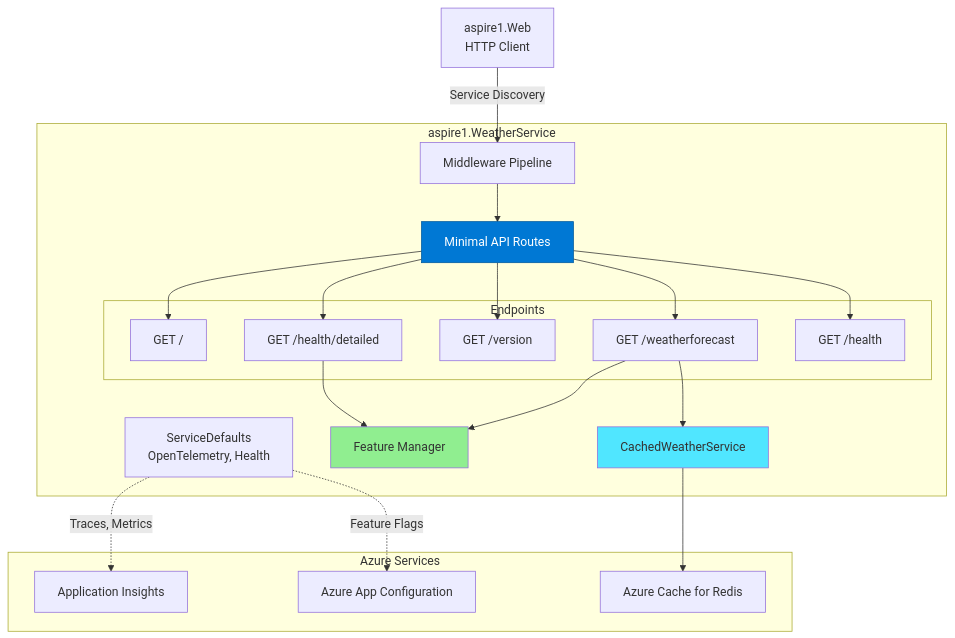
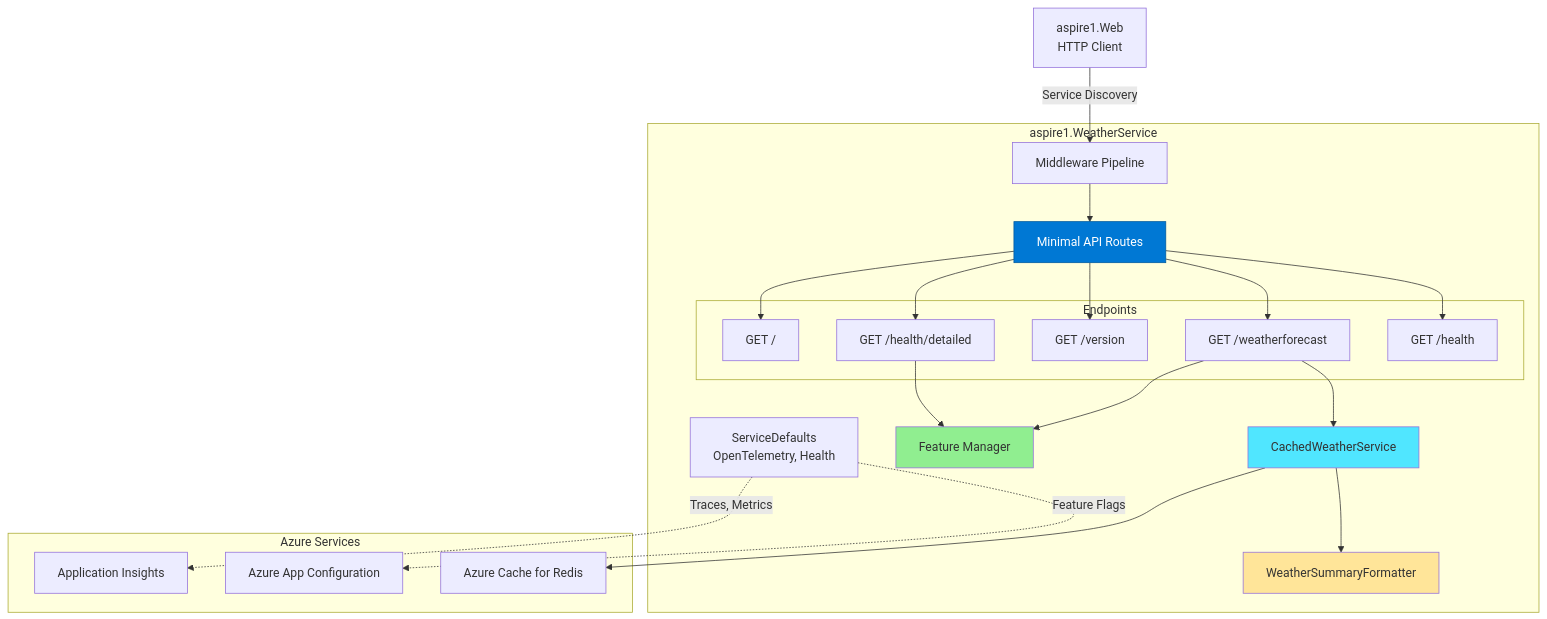
The first of 4 diagrams in aspire1.WeatherService/ARCHITECTURE.md (MSBart2/aspire1), drawn with Mermaid before and after one commit. The commit also changed other lines of this file, not shown here.

Commit message:
docs(WeatherService): document WeatherSummaryFormatter -- because random labels on a 30°C day were a personal attack

````diff
--- a/aspire1.WeatherService/ARCHITECTURE.md
+++ b/aspire1.WeatherService/ARCHITECTURE.md
@@ -21,46 +21,49 @@
 ```mermaid
 graph TB
     Client[aspire1.Web<br/>HTTP Client]
 
     subgraph "aspire1.WeatherService"
         Middleware[Middleware Pipeline]
         Routes[Minimal API Routes]
         CachedService[CachedWeatherService]
+        Formatter[WeatherSummaryFormatter]
         FeatureFlags[Feature Manager]
         ServiceDefaults[ServiceDefaults<br/>OpenTelemetry, Health]
 
         subgraph "Endpoints"
             Root[GET /]
             Weather[GET /weatherforecast]
             Version[GET /version]
             HealthDetailed[GET /health/detailed]
             Health[GET /health]
         end
     end
 
     subgraph "Azure Services"
         AppInsights[Application Insights]
         AppConfig[Azure App Configuration]
         Redis[Azure Cache for Redis]
     end
 
     Client -->|Service Discovery| Middleware
     Middleware --> Routes
     Routes --> Root
     Routes --> Weather
     Routes --> Version
     Routes --> HealthDetailed
     Routes --> Health
     
     Weather --> FeatureFlags
     Weather --> CachedService
+    CachedService --> Formatter
     CachedService --> Redis
     HealthDetailed --> FeatureFlags
 
     ServiceDefaults -.->|Traces, Metrics| AppInsights
     ServiceDefaults -.->|Feature Flags| AppConfig
 
     style Routes fill:#0078d4,stroke:#005a9e,color:#fff
     style CachedService fill:#50e6ff
+    style Formatter fill:#ffe599
     style FeatureFlags fill:#90EE90
 ```
````
